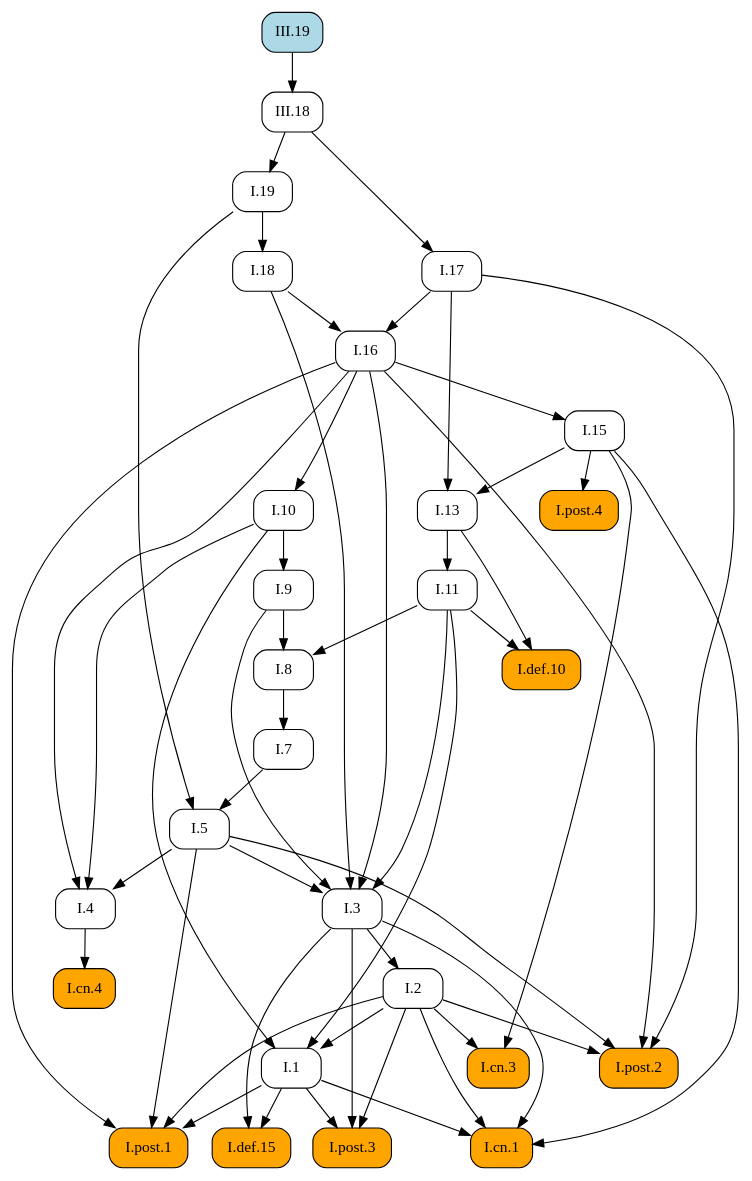
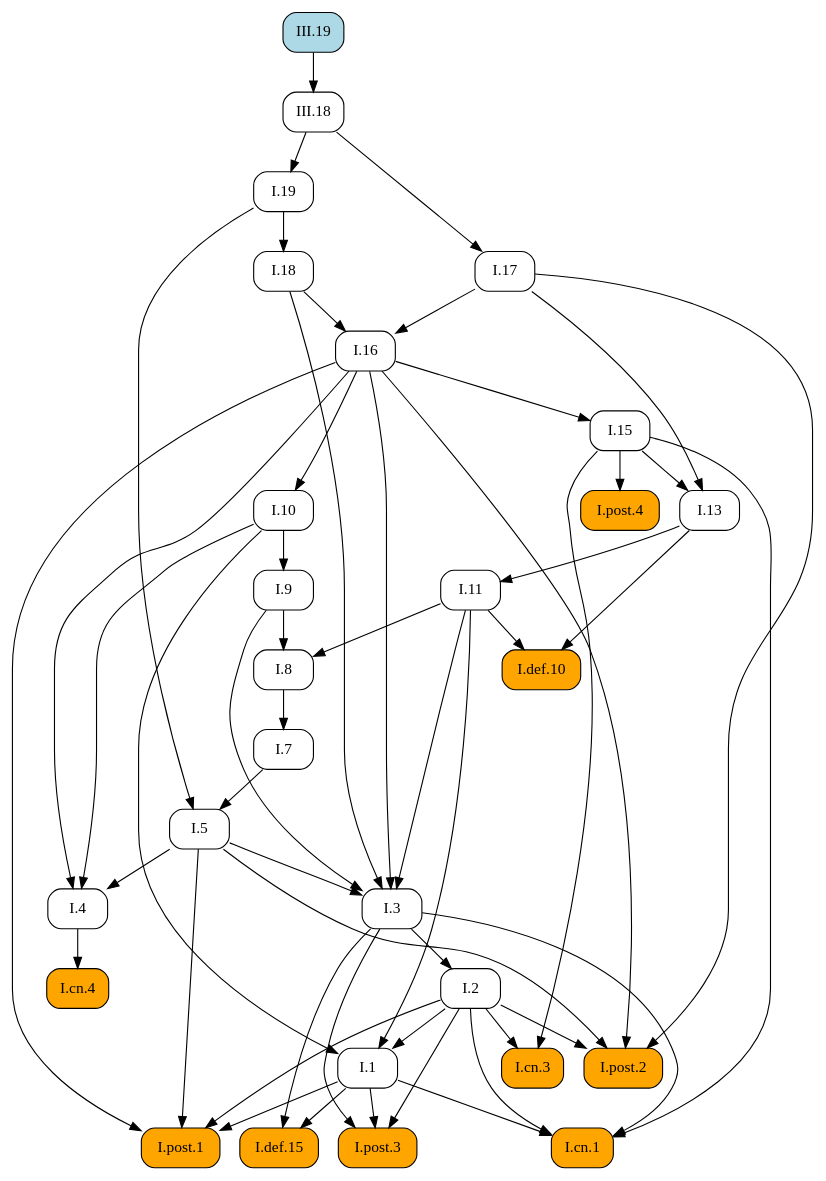
Before and after one commit to geometor/elements: the diagram in docsrc/elements2/III/19/index.rst, drawn with Graphviz. The commit also changed other lines of this file and 409 other files, not shown here.

First line of the commit message:
feat: Add image cropping and graphic extraction script

```diff
--- a/docsrc/elements2/III/19/index.rst
+++ b/docsrc/elements2/III/19/index.rst
@@ -54,83 +54,83 @@
    digraph {
      rankdir="TB";
      node [shape=box, style=rounded];
+     "III.18" [URL="/elements2/III/18/", target="_top"];
+     "I.def.15" [style="rounded,filled", fillcolor=orange, URL="/elements2/I/def.15/", target="_top"];
+     "I.19" [URL="/elements2/I/19/", target="_top"];
+     "I.18" [URL="/elements2/I/18/", target="_top"];
+     "I.11" [URL="/elements2/I/11/", target="_top"];
+     "I.def.10" [style="rounded,filled", fillcolor=orange, URL="/elements2/I/def.10/", target="_top"];
      "I.8" [URL="/elements2/I/8/", target="_top"];
-     "I.19" [URL="/elements2/I/19/", target="_top"];
+     "I.5" [URL="/elements2/I/5/", target="_top"];
+     "I.15" [URL="/elements2/I/15/", target="_top"];
+     "I.3" [URL="/elements2/I/3/", target="_top"];
+     "I.10" [URL="/elements2/I/10/", target="_top"];
+     "I.17" [URL="/elements2/I/17/", target="_top"];
+     "I.cn.3" [style="rounded,filled", fillcolor=orange, URL="/elements2/I/cn.3/", target="_top"];
+     "I.cn.1" [style="rounded,filled", fillcolor=orange, URL="/elements2/I/cn.1/", target="_top"];
+     "I.13" [URL="/elements2/I/13/", target="_top"];
+     "I.4" [URL="/elements2/I/4/", target="_top"];
+     "I.post.3" [style="rounded,filled", fillcolor=orange, URL="/elements2/I/post.3/", target="_top"];
+     "I.7" [URL="/elements2/I/7/", target="_top"];
+     "I.9" [URL="/elements2/I/9/", target="_top"];
+     "I.16" [URL="/elements2/I/16/", target="_top"];
+     "I.post.1" [style="rounded,filled", fillcolor=orange, URL="/elements2/I/post.1/", target="_top"];
+     "I.2" [URL="/elements2/I/2/", target="_top"];
      "I.1" [URL="/elements2/I/1/", target="_top"];
-     "I.cn.3" [style="rounded,filled", fillcolor=orange, URL="/elements2/I/cn.3/", target="_top"];
+     "I.post.4" [style="rounded,filled", fillcolor=orange, URL="/elements2/I/post.4/", target="_top"];
      "I.cn.4" [style="rounded,filled", fillcolor=orange, URL="/elements2/I/cn.4/", target="_top"];
-     "I.7" [URL="/elements2/I/7/", target="_top"];
-     "I.17" [URL="/elements2/I/17/", target="_top"];
-     "I.post.1" [style="rounded,filled", fillcolor=orange, URL="/elements2/I/post.1/", target="_top"];
-     "I.9" [URL="/elements2/I/9/", target="_top"];
-     "I.5" [URL="/elements2/I/5/", target="_top"];
-     "I.cn.1" [style="rounded,filled", fillcolor=orange, URL="/elements2/I/cn.1/", target="_top"];
-     "I.16" [URL="/elements2/I/16/", target="_top"];
-     "I.def.10" [style="rounded,filled", fillcolor=orange, URL="/elements2/I/def.10/", target="_top"];
-     "I.18" [URL="/elements2/I/18/", target="_top"];
-     "I.13" [URL="/elements2/I/13/", target="_top"];
-     "I.post.4" [style="rounded,filled", fillcolor=orange, URL="/elements2/I/post.4/", target="_top"];
+     "I.post.2" [style="rounded,filled", fillcolor=orange, URL="/elements2/I/post.2/", target="_top"];
      "III.19" [style="rounded,filled", fillcolor=lightblue, URL="/elements2/III/19/", target="_top"];
-     "I.2" [URL="/elements2/I/2/", target="_top"];
-     "I.def.15" [style="rounded,filled", fillcolor=orange, URL="/elements2/I/def.15/", target="_top"];
-     "III.18" [URL="/elements2/III/18/", target="_top"];
-     "I.4" [URL="/elements2/I/4/", target="_top"];
-     "I.11" [URL="/elements2/I/11/", target="_top"];
-     "I.10" [URL="/elements2/I/10/", target="_top"];
-     "I.15" [URL="/elements2/I/15/", target="_top"];
-     "I.post.2" [style="rounded,filled", fillcolor=orange, URL="/elements2/I/post.2/", target="_top"];
-     "I.3" [URL="/elements2/I/3/", target="_top"];
-     "I.post.3" [style="rounded,filled", fillcolor=orange, URL="/elements2/I/post.3/", target="_top"];
+     "III.19" -> "III.18";
+     "I.1" -> "I.def.15";
+     "I.3" -> "I.def.15";
+     "III.18" -> "I.19";
+     "I.19" -> "I.18";
+     "I.13" -> "I.11";
+     "I.11" -> "I.def.10";
+     "I.13" -> "I.def.10";
      "I.9" -> "I.8";
      "I.11" -> "I.8";
-     "III.18" -> "I.19";
-     "I.2" -> "I.1";
-     "I.10" -> "I.1";
-     "I.11" -> "I.1";
-     "I.2" -> "I.cn.3";
-     "I.15" -> "I.cn.3";
-     "I.4" -> "I.cn.4";
-     "I.8" -> "I.7";
-     "III.18" -> "I.17";
-     "I.1" -> "I.post.1";
-     "I.2" -> "I.post.1";
-     "I.5" -> "I.post.1";
-     "I.16" -> "I.post.1";
-     "I.10" -> "I.9";
      "I.7" -> "I.5";
      "I.19" -> "I.5";
-     "I.1" -> "I.cn.1";
-     "I.2" -> "I.cn.1";
-     "I.3" -> "I.cn.1";
-     "I.15" -> "I.cn.1";
-     "I.17" -> "I.16";
-     "I.18" -> "I.16";
-     "I.11" -> "I.def.10";
-     "I.13" -> "I.def.10";
-     "I.19" -> "I.18";
-     "I.15" -> "I.13";
-     "I.17" -> "I.13";
-     "I.15" -> "I.post.4";
-     "I.3" -> "I.2";
-     "I.1" -> "I.def.15";
-     "I.3" -> "I.def.15";
-     "III.19" -> "III.18";
-     "I.5" -> "I.4";
-     "I.10" -> "I.4";
-     "I.16" -> "I.4";
-     "I.13" -> "I.11";
-     "I.16" -> "I.10";
      "I.16" -> "I.15";
-     "I.2" -> "I.post.2";
-     "I.5" -> "I.post.2";
-     "I.16" -> "I.post.2";
-     "I.17" -> "I.post.2";
      "I.5" -> "I.3";
      "I.9" -> "I.3";
      "I.11" -> "I.3";
      "I.16" -> "I.3";
      "I.18" -> "I.3";
+     "I.16" -> "I.10";
+     "III.18" -> "I.17";
+     "I.2" -> "I.cn.3";
+     "I.15" -> "I.cn.3";
+     "I.1" -> "I.cn.1";
+     "I.2" -> "I.cn.1";
+     "I.3" -> "I.cn.1";
+     "I.15" -> "I.cn.1";
+     "I.15" -> "I.13";
+     "I.17" -> "I.13";
+     "I.5" -> "I.4";
+     "I.10" -> "I.4";
+     "I.16" -> "I.4";
      "I.1" -> "I.post.3";
      "I.2" -> "I.post.3";
      "I.3" -> "I.post.3";
+     "I.8" -> "I.7";
+     "I.10" -> "I.9";
+     "I.17" -> "I.16";
+     "I.18" -> "I.16";
+     "I.1" -> "I.post.1";
+     "I.2" -> "I.post.1";
+     "I.5" -> "I.post.1";
+     "I.16" -> "I.post.1";
+     "I.3" -> "I.2";
+     "I.2" -> "I.1";
+     "I.10" -> "I.1";
+     "I.11" -> "I.1";
+     "I.15" -> "I.post.4";
+     "I.4" -> "I.cn.4";
+     "I.2" -> "I.post.2";
+     "I.5" -> "I.post.2";
+     "I.16" -> "I.post.2";
+     "I.17" -> "I.post.2";
    }
```
